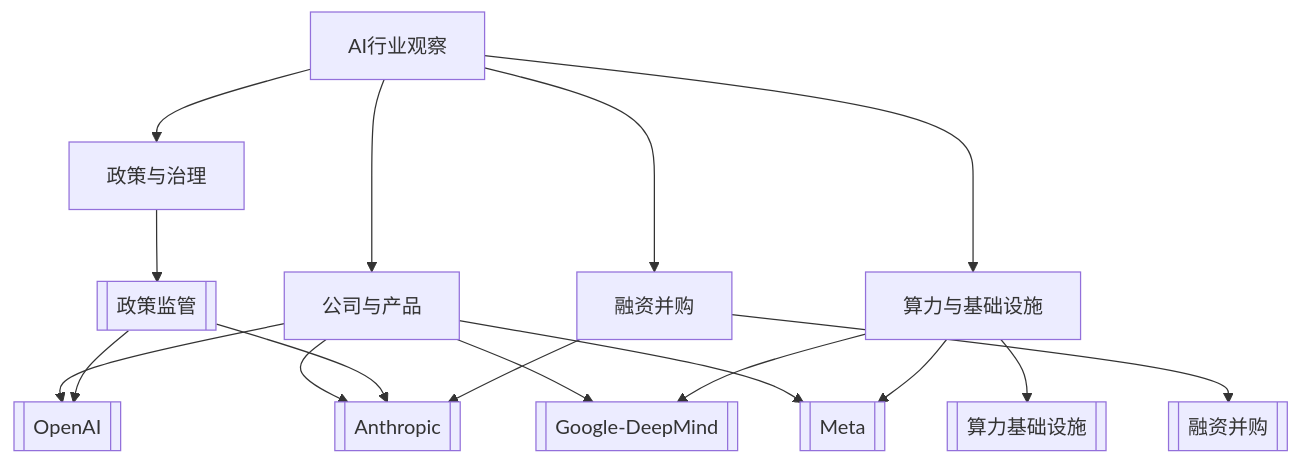
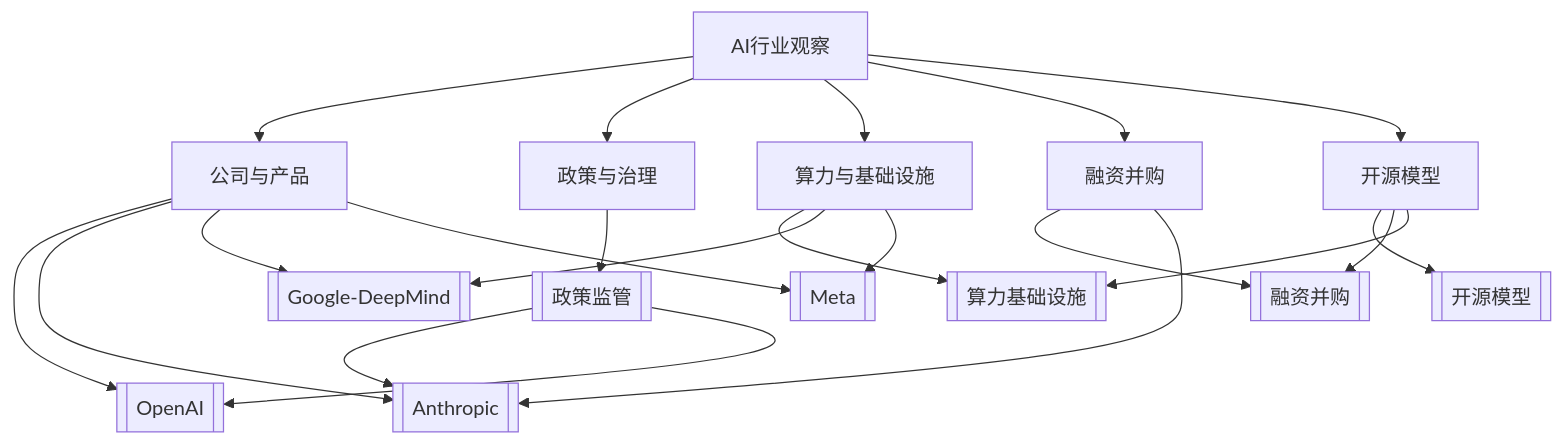
Before and after one commit to mjs618/Obsidian: the diagram in 20-AI/AI日记/Topics/00-AI主题地图.md, drawn with Mermaid. The commit also changed other lines of this file and 4 other files, not shown here.

````diff
--- a/20-AI/AI日记/Topics/00-AI主题地图.md
+++ b/20-AI/AI日记/Topics/00-AI主题地图.md
@@ -18,21 +18,25 @@
 ```mermaid
 flowchart TD
     AI[AI行业观察] --> Company[公司与产品]
     AI --> Governance[政策与治理]
     AI --> Infra[算力与基础设施]
     AI --> Capital[融资并购]
+    AI --> OpenModels[开源模型]
 
     Company --> OpenAI[[OpenAI]]
     Company --> Anthropic[[Anthropic]]
     Company --> Google[[Google-DeepMind]]
     Company --> Meta[[Meta]]
     Governance --> Policy[[政策监管]]
     Infra --> Compute[[算力基础设施]]
     Capital --> Deals[[融资并购]]
+    OpenModels --> OSS[[开源模型]]
 
     Policy --> Anthropic
     Policy --> OpenAI
     Infra --> Google
     Infra --> Meta
     Capital --> Anthropic
+    OpenModels --> Deals
+    OpenModels --> Compute
 ```
````
